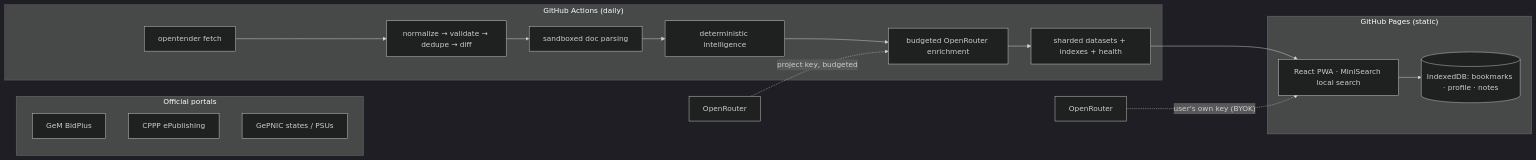
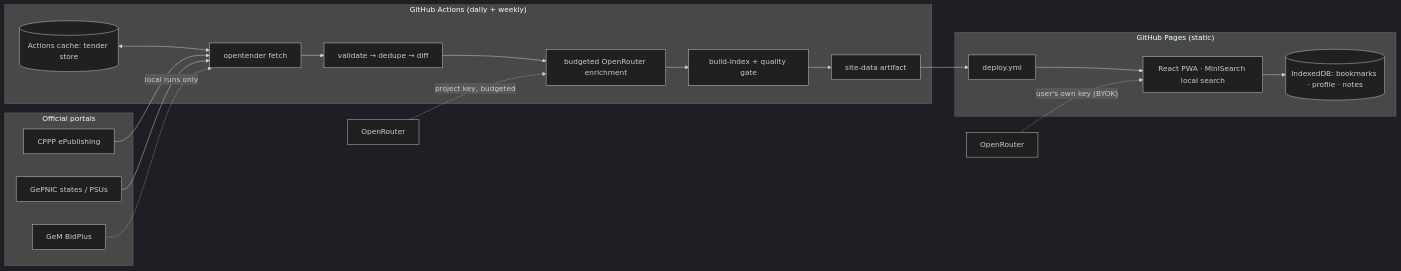
The diagram in README.md (sdivyanshu90/opentender-india), drawn with Mermaid (dark theme) before and after one commit. The commit also changed other lines of this file and 16 other files, not shown here.

First line of the commit message:
ci: cache-backed tender store, artifact handoff to deploy, docs refresh

````diff
--- a/README.md
+++ b/README.md
@@ -36,21 +64,24 @@
 ```mermaid
 flowchart LR
   subgraph Portals["Official portals"]
     GEM[GeM BidPlus]
     CPPP[CPPP ePublishing]
     ST[GePNIC states / PSUs]
   end
-  subgraph Actions["GitHub Actions (daily)"]
-    FETCH[opentender fetch] --> NORM[normalize → validate → dedupe → diff]
-    NORM --> DOCS[sandboxed doc parsing]
-    DOCS --> INTEL[deterministic intelligence]
-    INTEL --> AI[budgeted OpenRouter enrichment]
-    AI --> OUT[sharded datasets + indexes + health]
+  subgraph Actions["GitHub Actions (daily + weekly)"]
+    FETCH[opentender fetch] --> NORM[validate → dedupe → diff]
+    NORM --> AI[budgeted OpenRouter enrichment]
+    AI --> IDX[build-index + quality gate]
+    CACHE[(Actions cache: tender store)] <--> FETCH
+    IDX --> ART[site-data artifact]
   end
   subgraph Pages["GitHub Pages (static)"]
-    OUT --> WEB[React PWA · MiniSearch local search]
+    ART --> DEPLOY[deploy.yml] --> WEB[React PWA · MiniSearch local search]
     WEB --> IDB[(IndexedDB: bookmarks · profile · notes)]
   end
+  CPPP --> FETCH
+  ST --> FETCH
+  GEM -.local runs only.-> FETCH
   OR[OpenRouter] -.project key, budgeted.-> AI
   OR2[OpenRouter] -.user's own key (BYOK).-> WEB
 ```
````
